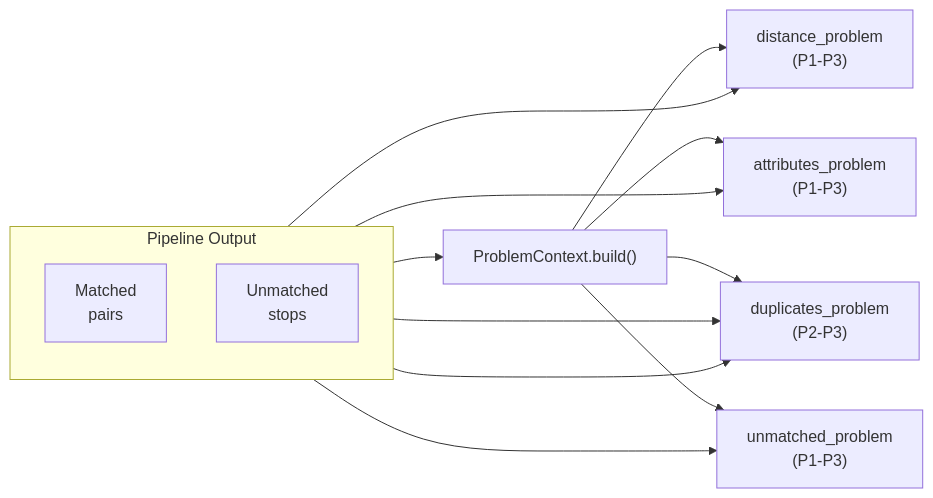
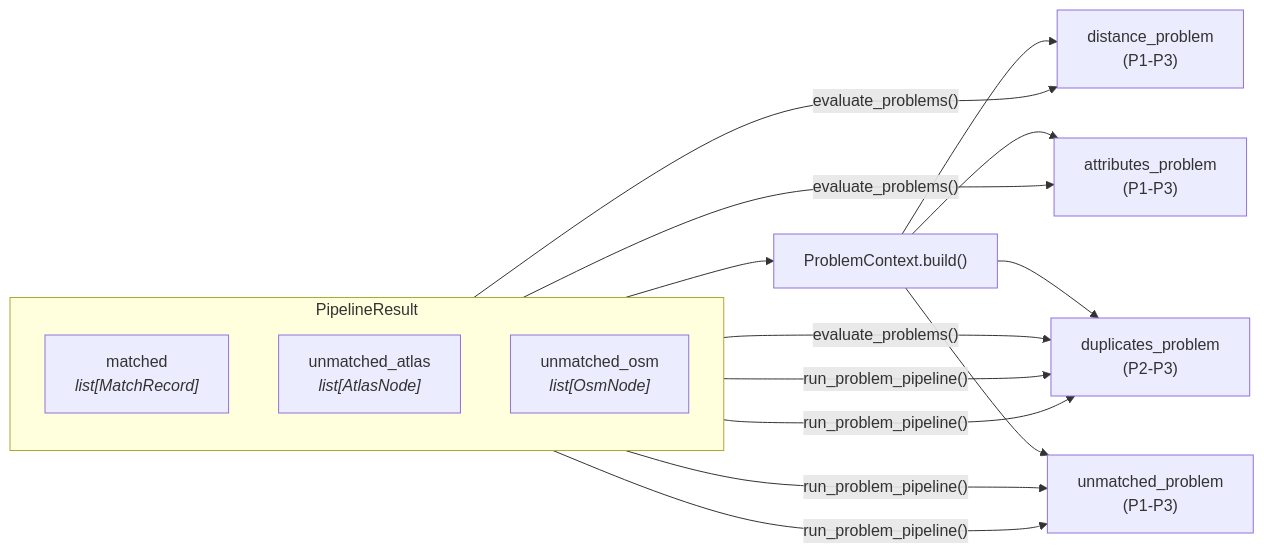
One commit to openTdataCH/stop_sync_osm_atlas changed the diagram in documentation/3.1 Stop Problems.md. Above: the diagram before and after it, drawn with Mermaid. The commit also changed other lines of this file and 35 other files, not shown here.

````diff
--- a/documentation/3.1 Stop Problems.md
+++ b/documentation/3.1 Stop Problems.md
@@ -13,22 +11,20 @@
 ```mermaid
 flowchart LR
-    subgraph Input["Pipeline Output"]
+    subgraph Input["PipelineResult"]
         direction TB
-        M["Matched<br/>pairs"]
-        U["Unmatched<br/>stops"]
+        M["matched<br/><i>list[MatchRecord]</i>"]
+        UA["unmatched_atlas<br/><i>list[AtlasNode]</i>"]
+        UO["unmatched_osm<br/><i>list[OsmNode]</i>"]
     end
 
     CTX["ProblemContext.build()"]
     Input --> CTX
 
     CTX --> D["distance_problem<br/>(P1-P3)"]
     CTX --> A["attributes_problem<br/>(P1-P3)"]
     CTX --> DUP["duplicates_problem<br/>(P2-P3)"]
     CTX --> ISO["unmatched_problem<br/>(P1-P3)"]
 
-    M --> D
-    M --> A
-    M --> DUP
-    U --> ISO
-    U --> DUP
+    M -->|"evaluate_problems()"| D & A & DUP
+    UA & UO -->|"run_problem_pipeline()"| ISO & DUP
 ```
````
